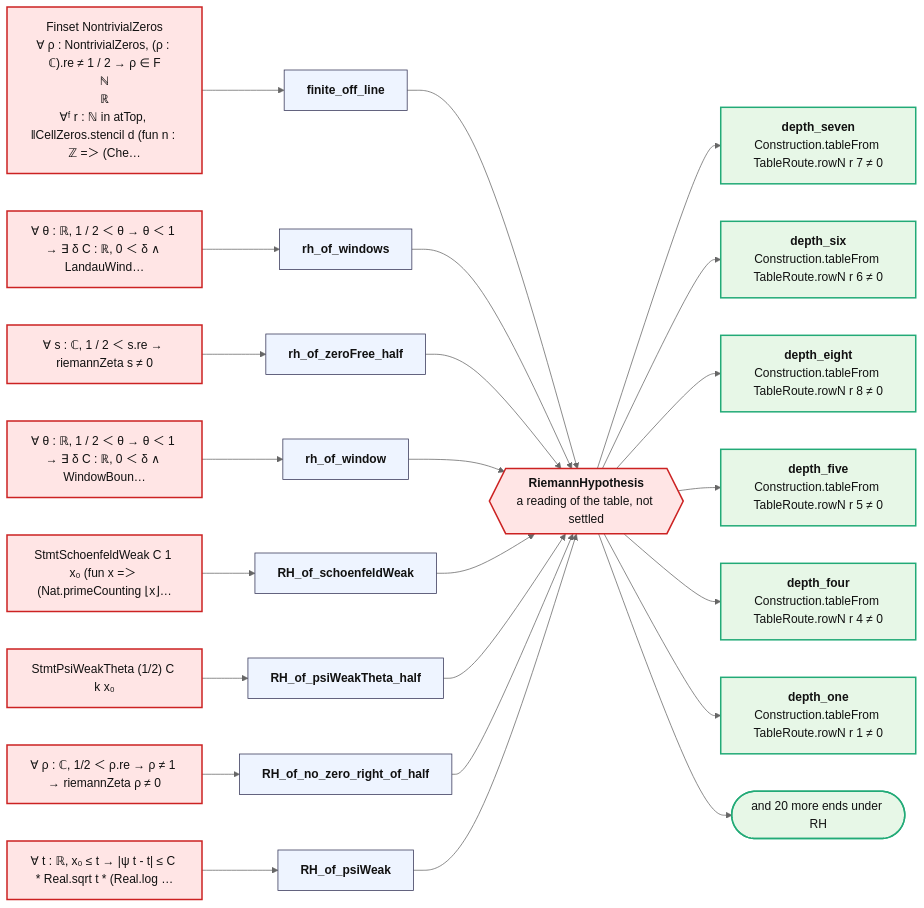
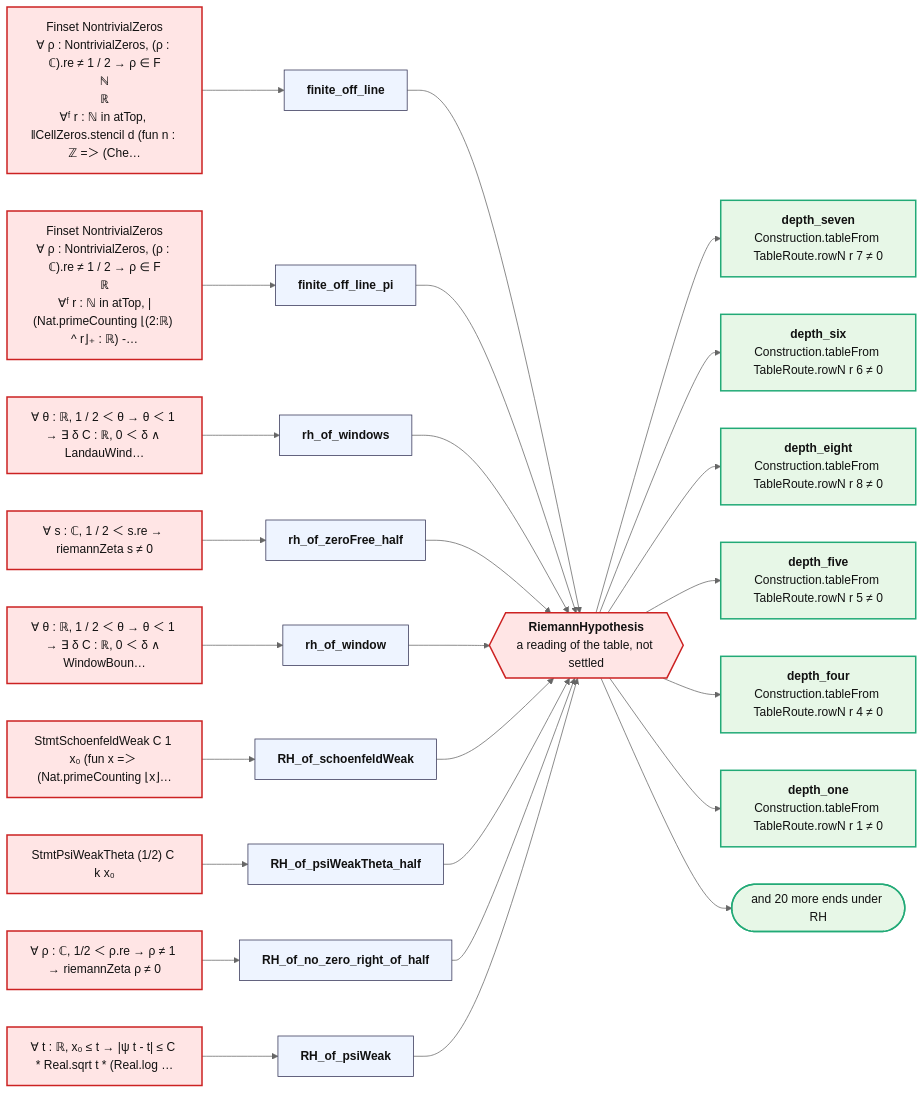
Before and after one commit to juliansambranojr/Primebeat_081426: the diagram in map/ROAD.md, drawn with Mermaid (neutral theme). The commit also changed other lines of this file and 44 other files, not shown here.

First line of the commit message:
J10e: finitely many zeros off the line, on the prime count at the doublings (unit 0445)

````diff
--- a/map/ROAD.md
+++ b/map/ROAD.md
@@ -5,50 +5,53 @@
 ```mermaid
 flowchart LR
   rh{{"<b>RiemannHypothesis</b><br/>a reading of the table, not settled"}}:::bad
   p0["Finset NontrivialZeros<br/>∀ ρ : NontrivialZeros, (ρ : ℂ).re ≠ 1 / 2 → ρ ∈ F<br/>ℕ<br/>ℝ<br/>∀ᶠ r : ℕ in atTop, ‖CellZeros.stencil d (fun n : ℤ =＞ (Che…"]:::bad
   t0["<b>finite_off_line</b>"]:::thm
   p0 --> t0 --> rh
-  p1["∀ θ : ℝ, 1 / 2 ＜ θ → θ ＜ 1 → ∃ δ C : ℝ, 0 ＜ δ ∧ LandauWind…"]:::bad
-  t1["<b>rh_of_windows</b>"]:::thm
+  p1["Finset NontrivialZeros<br/>∀ ρ : NontrivialZeros, (ρ : ℂ).re ≠ 1 / 2 → ρ ∈ F<br/>ℝ<br/>∀ᶠ r : ℕ in atTop, |(Nat.primeCounting ⌊(2:ℝ) ^ r⌋₊ : ℝ) -…"]:::bad
+  t1["<b>finite_off_line_pi</b>"]:::thm
   p1 --> t1 --> rh
-  p2["∀ s : ℂ, 1 / 2 ＜ s.re → riemannZeta s ≠ 0"]:::bad
-  t2["<b>rh_of_zeroFree_half</b>"]:::thm
+  p2["∀ θ : ℝ, 1 / 2 ＜ θ → θ ＜ 1 → ∃ δ C : ℝ, 0 ＜ δ ∧ LandauWind…"]:::bad
+  t2["<b>rh_of_windows</b>"]:::thm
   p2 --> t2 --> rh
-  p3["∀ θ : ℝ, 1 / 2 ＜ θ → θ ＜ 1 → ∃ δ C : ℝ, 0 ＜ δ ∧ WindowBoun…"]:::bad
-  t3["<b>rh_of_window</b>"]:::thm
+  p3["∀ s : ℂ, 1 / 2 ＜ s.re → riemannZeta s ≠ 0"]:::bad
+  t3["<b>rh_of_zeroFree_half</b>"]:::thm
   p3 --> t3 --> rh
-  p4["StmtSchoenfeldWeak C 1 x₀ (fun x =＞ (Nat.primeCounting ⌊x⌋…"]:::bad
-  t4["<b>RH_of_schoenfeldWeak</b>"]:::thm
+  p4["∀ θ : ℝ, 1 / 2 ＜ θ → θ ＜ 1 → ∃ δ C : ℝ, 0 ＜ δ ∧ WindowBoun…"]:::bad
+  t4["<b>rh_of_window</b>"]:::thm
   p4 --> t4 --> rh
-  p5["StmtPsiWeakTheta (1/2) C k x₀"]:::bad
-  t5["<b>RH_of_psiWeakTheta_half</b>"]:::thm
+  p5["StmtSchoenfeldWeak C 1 x₀ (fun x =＞ (Nat.primeCounting ⌊x⌋…"]:::bad
+  t5["<b>RH_of_schoenfeldWeak</b>"]:::thm
   p5 --> t5 --> rh
-  p6["∀ ρ : ℂ, 1/2 ＜ ρ.re → ρ ≠ 1 → riemannZeta ρ ≠ 0"]:::bad
-  t6["<b>RH_of_no_zero_right_of_half</b>"]:::thm
+  p6["StmtPsiWeakTheta (1/2) C k x₀"]:::bad
+  t6["<b>RH_of_psiWeakTheta_half</b>"]:::thm
   p6 --> t6 --> rh
-  p7["∀ t : ℝ, x₀ ≤ t → |ψ t - t| ≤ C * Real.sqrt t * (Real.log …"]:::bad
-  t7["<b>RH_of_psiWeak</b>"]:::thm
+  p7["∀ ρ : ℂ, 1/2 ＜ ρ.re → ρ ≠ 1 → riemannZeta ρ ≠ 0"]:::bad
+  t7["<b>RH_of_no_zero_right_of_half</b>"]:::thm
   p7 --> t7 --> rh
+  p8["∀ t : ℝ, x₀ ≤ t → |ψ t - t| ≤ C * Real.sqrt t * (Real.log …"]:::bad
+  t8["<b>RH_of_psiWeak</b>"]:::thm
+  p8 --> t8 --> rh
   e0["<b>depth_seven</b><br/>Construction.tableFrom TableRoute.rowN r 7 ≠ 0"]:::end_
   rh --> e0
   e1["<b>depth_six</b><br/>Construction.tableFrom TableRoute.rowN r 6 ≠ 0"]:::end_
   rh --> e1
   e2["<b>depth_eight</b><br/>Construction.tableFrom TableRoute.rowN r 8 ≠ 0"]:::end_
   rh --> e2
   e3["<b>depth_five</b><br/>Construction.tableFrom TableRoute.rowN r 5 ≠ 0"]:::end_
   rh --> e3
   e4["<b>depth_four</b><br/>Construction.tableFrom TableRoute.rowN r 4 ≠ 0"]:::end_
   rh --> e4
   e5["<b>depth_one</b><br/>Construction.tableFrom TableRoute.rowN r 1 ≠ 0"]:::end_
   rh --> e5
   more(["and 20 more ends under RH"]):::end_
   rh --> more
   classDef cnt fill:#dff5ec,stroke:#17694a,color:#111
   classDef shp fill:#f1ecfb,stroke:#5b3fa0,color:#111
   classDef rh fill:#ffe5e5,stroke:#c22,color:#111,stroke-width:2px
   classDef thm fill:#eef4ff,stroke:#335,color:#111
   classDef end_ fill:#e7f7e7,stroke:#2a7,color:#111,stroke-width:2px
   classDef lone fill:#fff,stroke:#999,color:#111,stroke-dasharray:4 3
   classDef bad fill:#ffe5e5,stroke:#c22,color:#111,stroke-width:2px
   classDef ext fill:#fff8e1,stroke:#b80,color:#111
 ```
````
